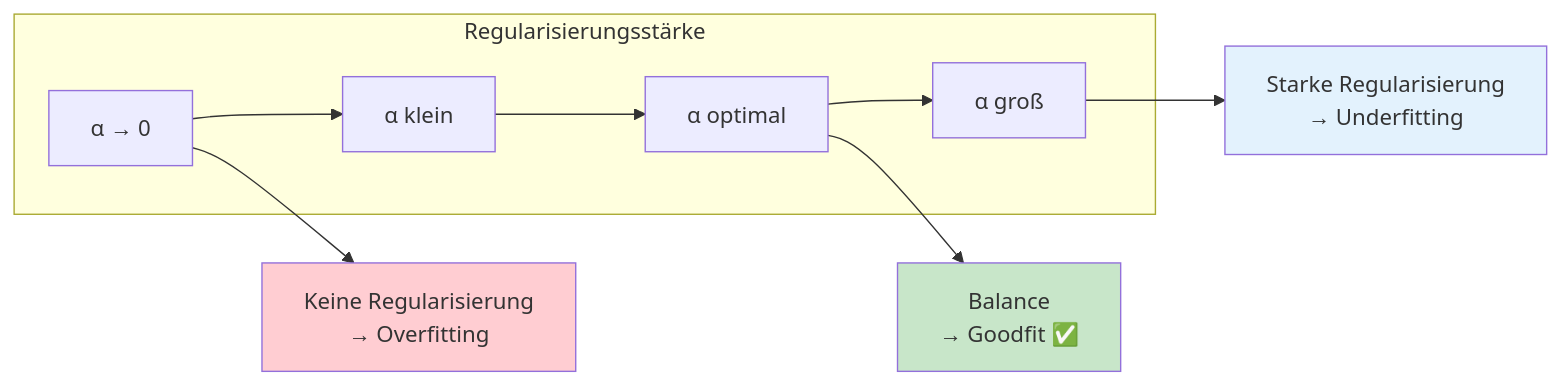
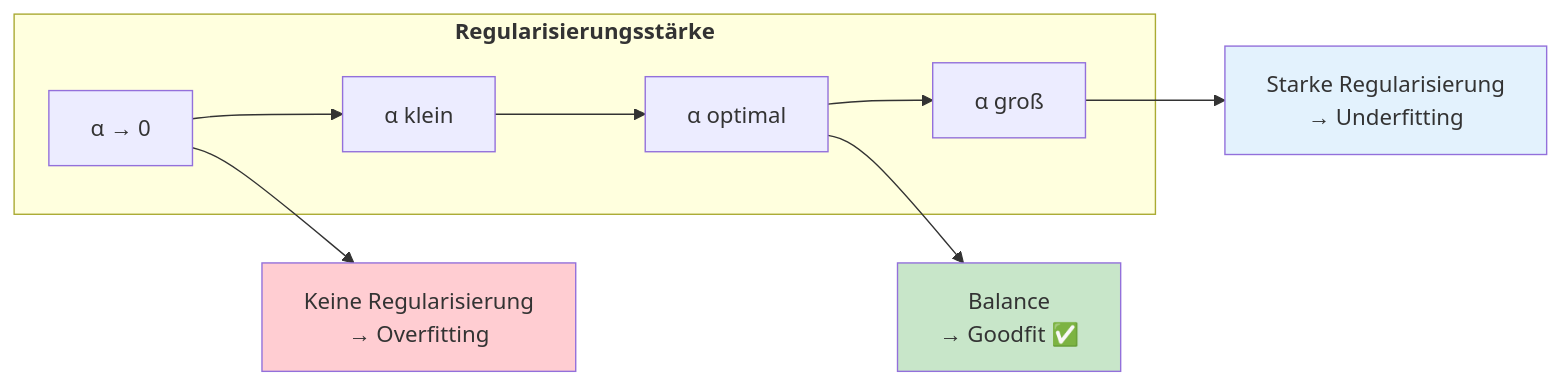
The second of 5 diagrams in docs/concepts/evaluate/regularisierung.md (ralf-42/ML_Intro), drawn with Mermaid before and after one commit. The commit also changed other lines of this file and 6 other files, not shown here.

````diff
--- a/docs/concepts/evaluate/regularisierung.md
+++ b/docs/concepts/evaluate/regularisierung.md
@@ -268,14 +268,14 @@
 ```mermaid
 flowchart LR
-    subgraph scale["Regularisierungsstärke"]
+    subgraph scale["<b>Regularisierungsstärke"]
         A0["α → 0"] --> A1["α klein"] --> A2["α optimal"] --> A3["α groß"]
     end
     
     A0 --> E0["Keine Regularisierung<br/>→ Overfitting"]
     A3 --> E3["Starke Regularisierung<br/>→ Underfitting"]
     A2 --> E2["Balance<br/>→ Goodfit ✅"]
     
     style E0 fill:#ffcdd2
     style E3 fill:#e3f2fd
     style E2 fill:#c8e6c9
 ```
````
